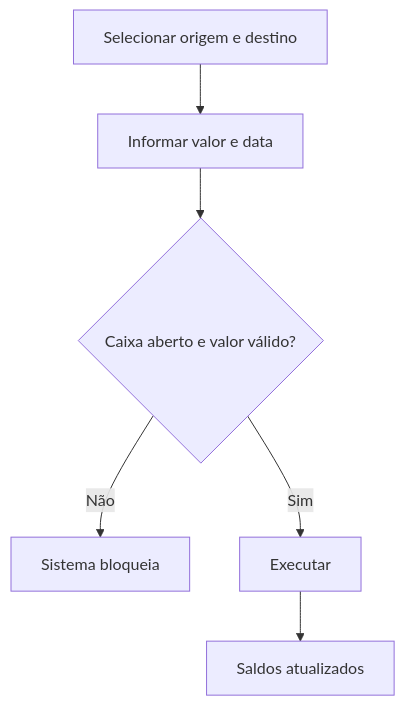
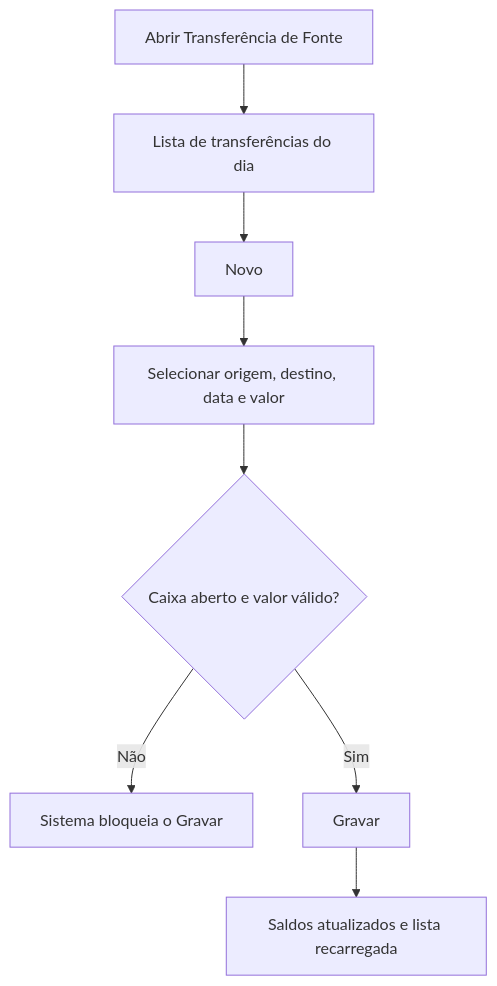
The diagram in docs/financeiro/transferencia-fonte.md (rlopeslameira/harpia-docs), drawn with Mermaid before and after one commit. The commit also changed other lines of this file and 56 other files, not shown here.

````diff
--- a/docs/financeiro/transferencia-fonte.md
+++ b/docs/financeiro/transferencia-fonte.md
@@ -90,8 +110,10 @@
 ```mermaid
 flowchart TD
-    A[Selecionar origem e destino] --> B[Informar valor e data]
+    A[Abrir Transferência de Fonte] --> L[Lista de transferências do dia]
+    L --> N[Novo]
+    N --> B[Selecionar origem, destino, data e valor]
     B --> C{Caixa aberto e valor válido?}
-    C -->|Não| D[Sistema bloqueia]
-    C -->|Sim| E[Executar]
-    E --> F[Saldos atualizados]
+    C -->|Não| D[Sistema bloqueia o Gravar]
+    C -->|Sim| E[Gravar]
+    E --> F[Saldos atualizados e lista recarregada]
 ```
````
